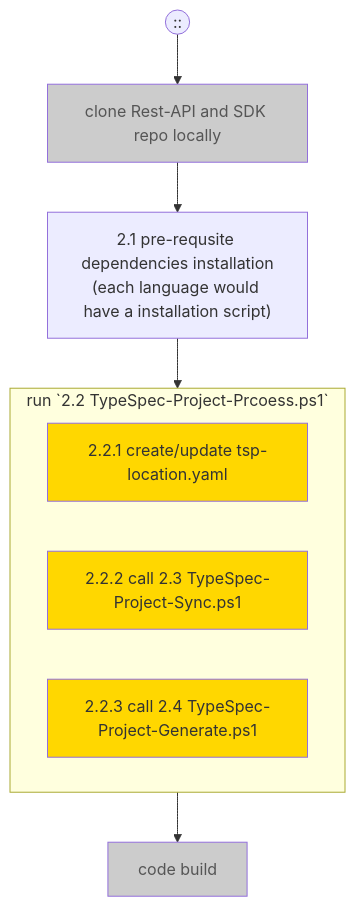
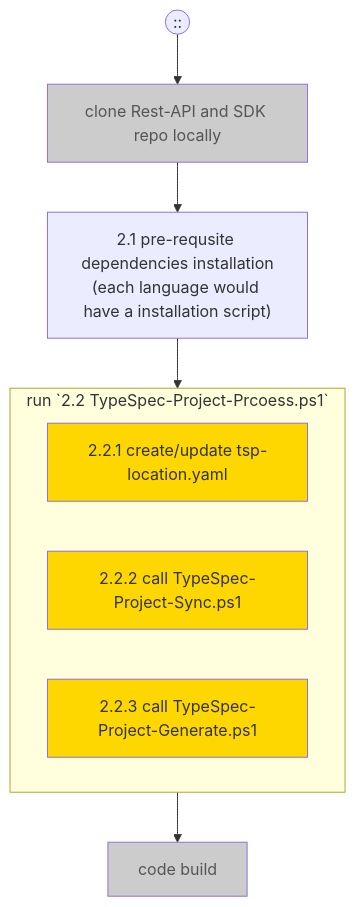
The second of 5 diagrams in documentation/typespec-end-to-end-scenarios.md (Azure/azure-rest-api-specs), drawn with Mermaid before and after one commit. The commit also changed other lines of this file, not shown here.

````diff
--- a/documentation/typespec-end-to-end-scenarios.md
+++ b/documentation/typespec-end-to-end-scenarios.md
@@ -72,20 +72,20 @@
 ```mermaid
 flowchart TD
 classDef highlight fill:#ffd700
 classDef grey fill:#CCCCCC,color:#555555;
 User((::))-->A
 A["clone Rest-API and SDK repo locally"] --> B
 B["2.1 pre-requsite dependencies installation
 (each language would have a installation script)"] --> G
 subgraph G["run `2.2 TypeSpec-Project-Prcoess.ps1`"]
   F
   C
   D
 end
 F["2.2.1 create/update tsp-location.yaml"]
-C["2.2.2 call 2.3 TypeSpec-Project-Sync.ps1"]
-D["2.2.3 call 2.4 TypeSpec-Project-Generate.ps1"]
+C["2.2.2 call TypeSpec-Project-Sync.ps1"]
+D["2.2.3 call TypeSpec-Project-Generate.ps1"]
 G-->E["code build"]
 class A,E grey
 class C,D,F highlight
 ```
````
